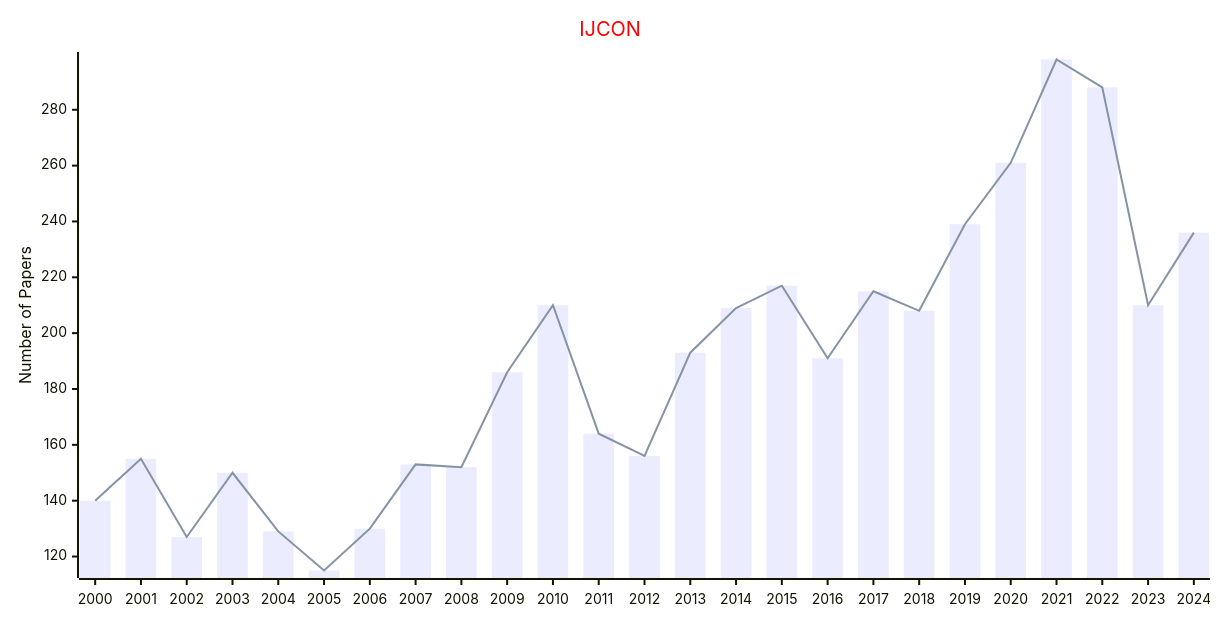
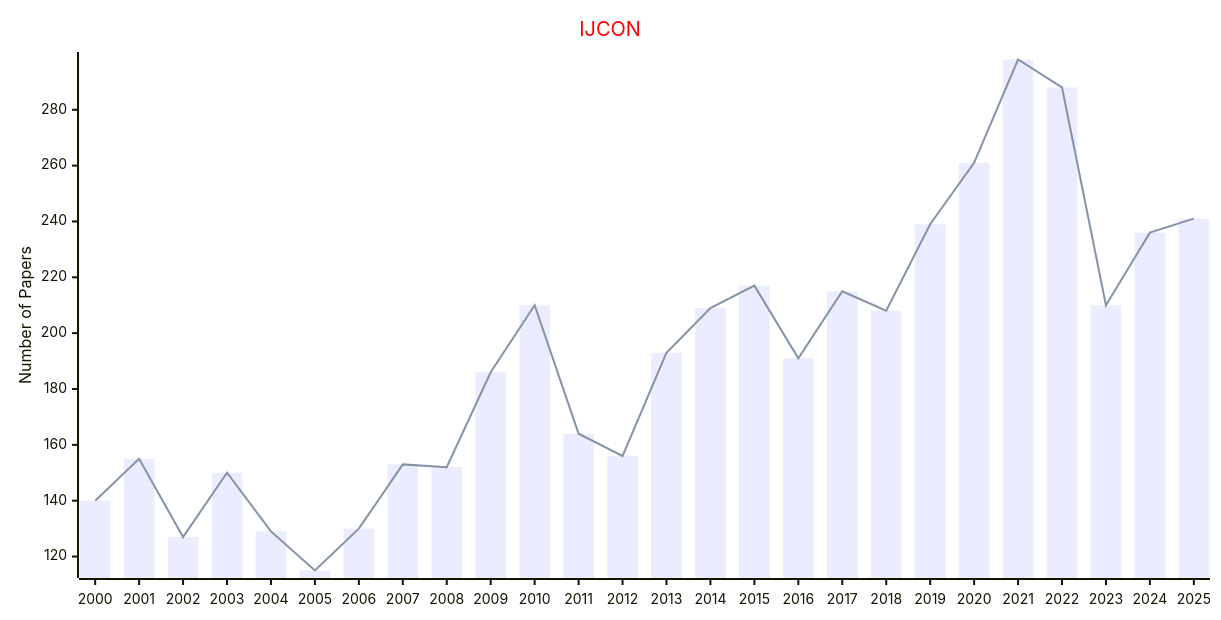
One commit to Easy-PhD/AILinks changed the ninth of 9 diagrams in docs/data/Journals/Statistics_Journals/Control_and_Automation.md. Above: the diagram before and after it, drawn with Mermaid. The commit also changed other lines of this file and 93 other files, not shown here.

````diff
--- a/docs/data/Journals/Statistics_Journals/Control_and_Automation.md
+++ b/docs/data/Journals/Statistics_Journals/Control_and_Automation.md
@@ -201,17 +201,17 @@
 ```mermaid
 ---
 config:
     xyChart:
         width: 1200
         height: 600
     themeVariables:
         xyChart:
             titleColor: "#ff0000"
 ---
 xychart-beta
     title "IJCON"
-    x-axis [2000, 2001, 2002, 2003, 2004, 2005, 2006, 2007, 2008, 2009, 2010, 2011, 2012, 2013, 2014, 2015, 2016, 2017, 2018, 2019, 2020, 2021, 2022, 2023, 2024]
+    x-axis [2000, 2001, 2002, 2003, 2004, 2005, 2006, 2007, 2008, 2009, 2010, 2011, 2012, 2013, 2014, 2015, 2016, 2017, 2018, 2019, 2020, 2021, 2022, 2023, 2024, 2025]
     y-axis "Number of Papers"
-    bar [140, 155, 127, 150, 129, 115, 130, 153, 152, 186, 210, 164, 156, 193, 209, 217, 191, 215, 208, 239, 261, 298, 288, 210, 236]
-    line [140, 155, 127, 150, 129, 115, 130, 153, 152, 186, 210, 164, 156, 193, 209, 217, 191, 215, 208, 239, 261, 298, 288, 210, 236]
+    bar [140, 155, 127, 150, 129, 115, 130, 153, 152, 186, 210, 164, 156, 193, 209, 217, 191, 215, 208, 239, 261, 298, 288, 210, 236, 241]
+    line [140, 155, 127, 150, 129, 115, 130, 153, 152, 186, 210, 164, 156, 193, 209, 217, 191, 215, 208, 239, 261, 298, 288, 210, 236, 241]
 ```
````
